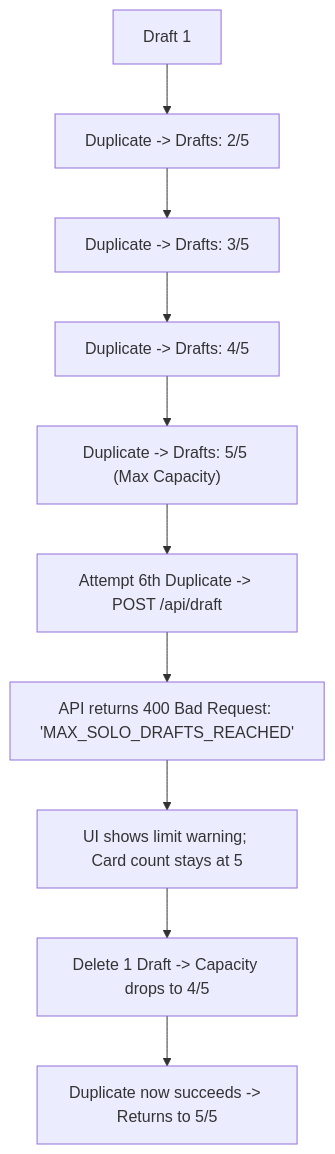
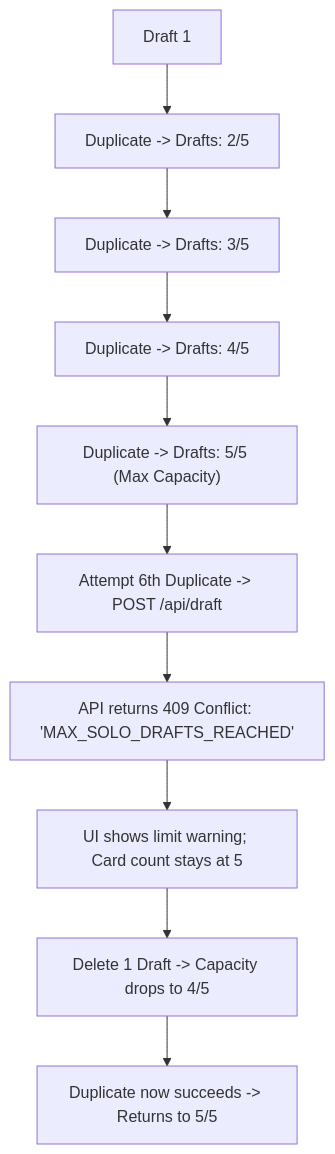
Diagram 16 of 19 in docs/testing/e2e/workflows.md (jorbush/jorbites), drawn with Mermaid before and after one commit. The commit also changed other lines of this file and 4 other files, not shown here.

````diff
--- a/docs/testing/e2e/workflows.md
+++ b/docs/testing/e2e/workflows.md
@@ -440,12 +440,12 @@
 ```mermaid
 flowchart TD
     D1["Draft 1"] --> Dup1["Duplicate -> Drafts: 2/5"]
     Dup1 --> Dup2["Duplicate -> Drafts: 3/5"]
     Dup2 --> Dup3["Duplicate -> Drafts: 4/5"]
     Dup3 --> Dup4["Duplicate -> Drafts: 5/5 (Max Capacity)"]
     Dup4 --> Attempt6["Attempt 6th Duplicate -> POST /api/draft"]
-    Attempt6 --> Reject["API returns 400 Bad Request: 'MAX_SOLO_DRAFTS_REACHED'"]
+    Attempt6 --> Reject["API returns 409 Conflict: 'MAX_SOLO_DRAFTS_REACHED'"]
     Reject --> Toast["UI shows limit warning; Card count stays at 5"]
     Toast --> DeleteOne["Delete 1 Draft -> Capacity drops to 4/5"]
     DeleteOne --> DupAllowed["Duplicate now succeeds -> Returns to 5/5"]
 ```
````
